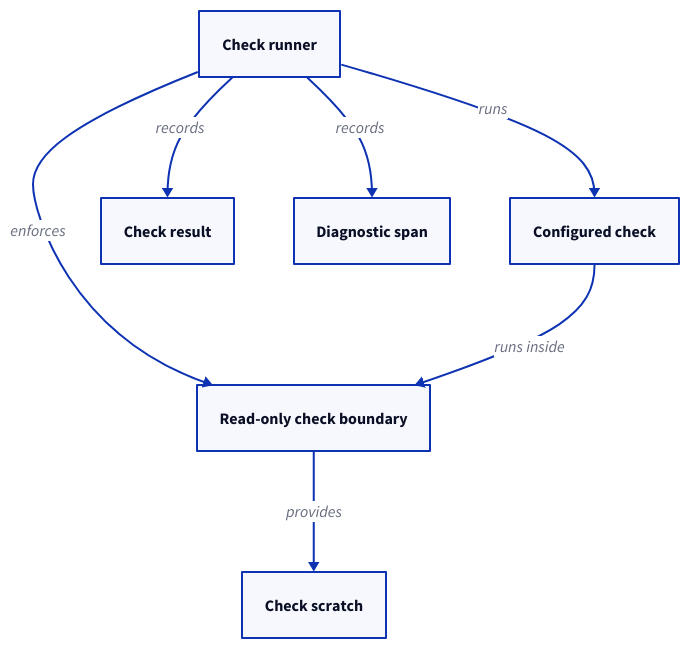
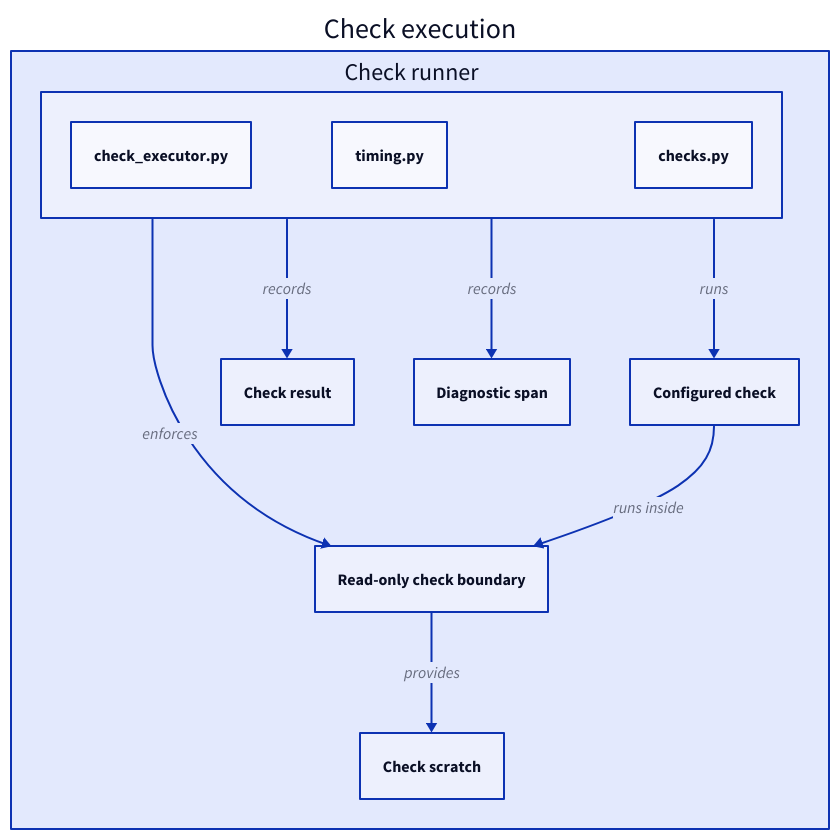
The second of 2 diagrams in specs/concorde/checks/module.md (FTOD/concorde), drawn with D2 before and after one commit. The commit also changed other lines of this file and 43 other files, not shown here.

````diff
--- a/specs/concorde/checks/module.md
+++ b/specs/concorde/checks/module.md
@@ -129,14 +154,20 @@
 ```d2
-runner: Check runner
-check: Configured check
-result: Check result
-boundary: Read-only check boundary
-scratch: Check scratch
-span: Diagnostic span
-runner -> check: runs
-runner -> result: records
-runner -> span: records
-runner -> boundary: enforces
-check -> boundary: runs inside
-boundary -> scratch: provides
+checks: Check execution {
+  runner: Check runner {
+    "check_executor.py"
+    "timing.py"
+    "checks.py"
+  }
+  check: Configured check
+  result: Check result
+  boundary: Read-only check boundary
+  scratch: Check scratch
+  span: Diagnostic span
+  runner -> check: runs
+  runner -> result: records
+  runner -> span: records
+  runner -> boundary: enforces
+  check -> boundary: runs inside
+  boundary -> scratch: provides
+}
 ```
````
